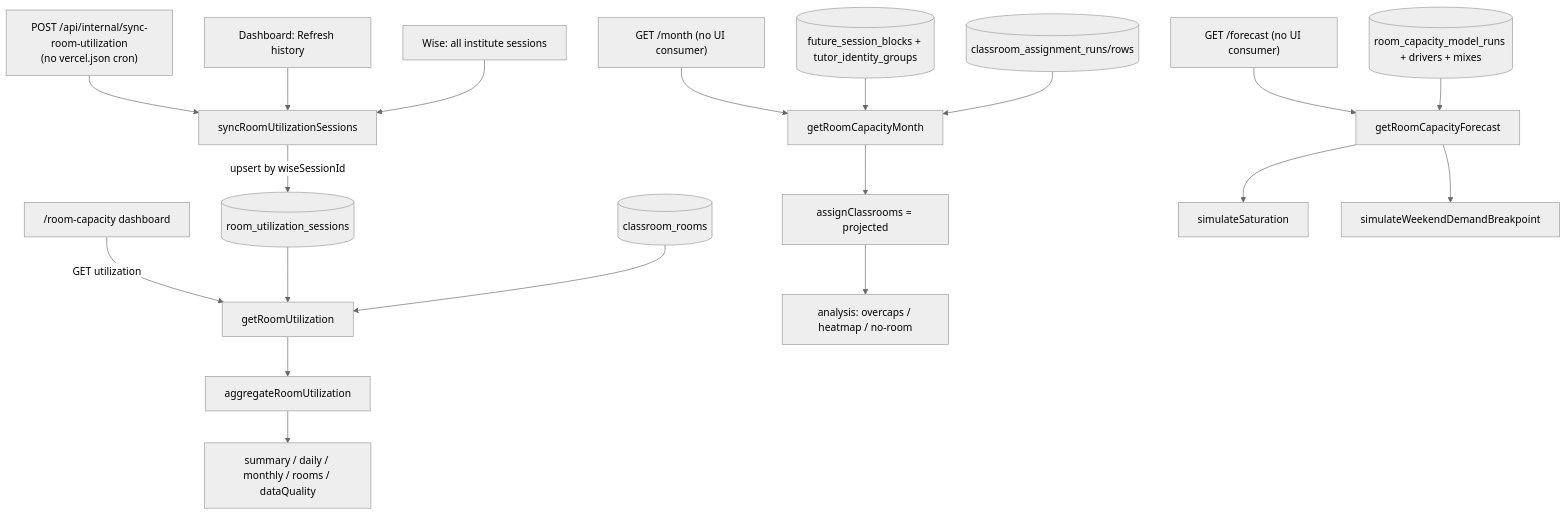
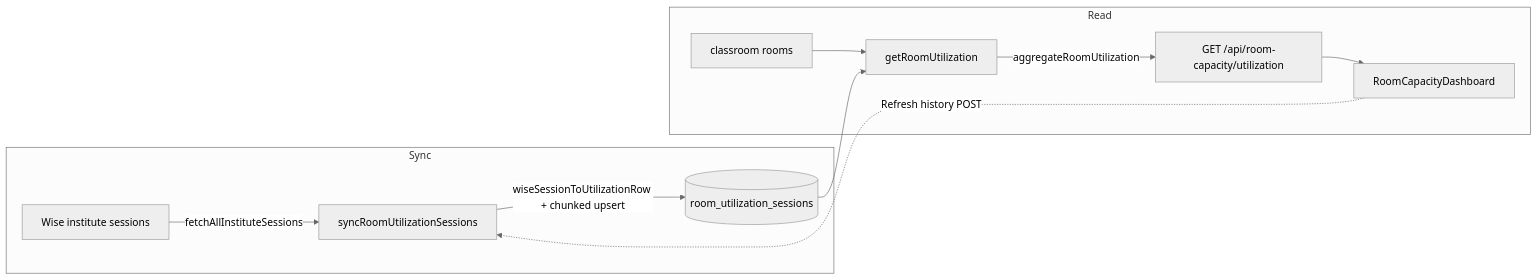
Before and after one commit to kasheesh711/bgscheduler: the diagram in docs/features/room-capacity.md, drawn with Mermaid (neutral theme). The commit also changed other lines of this file and 63 other files, not shown here.

````diff
--- a/docs/features/room-capacity.md
+++ b/docs/features/room-capacity.md
@@ -60,21 +58,14 @@
 ```mermaid
-flowchart TD
-  CRON?["POST /api/internal/sync-room-utilization<br/>(no vercel.json cron)"] --> SYNC[syncRoomUtilizationSessions]
-  UIBTN["Dashboard: Refresh history"] --> SYNC
-  WISE["Wise: all institute sessions"] --> SYNC
-  SYNC -->|upsert by wiseSessionId| RUS[(room_utilization_sessions)]
-
-  UI["/room-capacity dashboard"] -->|GET utilization| GETU[getRoomUtilization]
-  RUS --> GETU
-  ROOMS[(classroom_rooms)] --> GETU
-  GETU --> AGG[aggregateRoomUtilization] --> RESP[summary / daily / monthly / rooms / dataQuality]
-
-  MONTH["GET /month (no UI consumer)"] --> GM[getRoomCapacityMonth]
-  FSB[(future_session_blocks + tutor_identity_groups)] --> GM
-  OVR[(classroom_assignment_runs/rows)] --> GM
-  GM --> ENG[assignClassrooms = projected] --> ANA[analysis: overcaps / heatmap / no-room]
-
-  FC["GET /forecast (no UI consumer)"] --> GF[getRoomCapacityForecast]
-  MR[(room_capacity_model_runs + drivers + mixes)] --> GF
-  GF --> SAT[simulateSaturation] & WD[simulateWeekendDemandBreakpoint]
+flowchart LR
+  subgraph Sync
+    W[Wise institute sessions] -->|fetchAllInstituteSessions| S[syncRoomUtilizationSessions]
+    S -->|wiseSessionToUtilizationRow + chunked upsert| RU[(room_utilization_sessions)]
+  end
+  subgraph Read
+    RU --> G[getRoomUtilization]
+    RC[classroom rooms] --> G
+    G -->|aggregateRoomUtilization| API[GET /api/room-capacity/utilization]
+    API --> DASH[RoomCapacityDashboard]
+  end
+  DASH -.->|Refresh history POST| S
 ```
````
